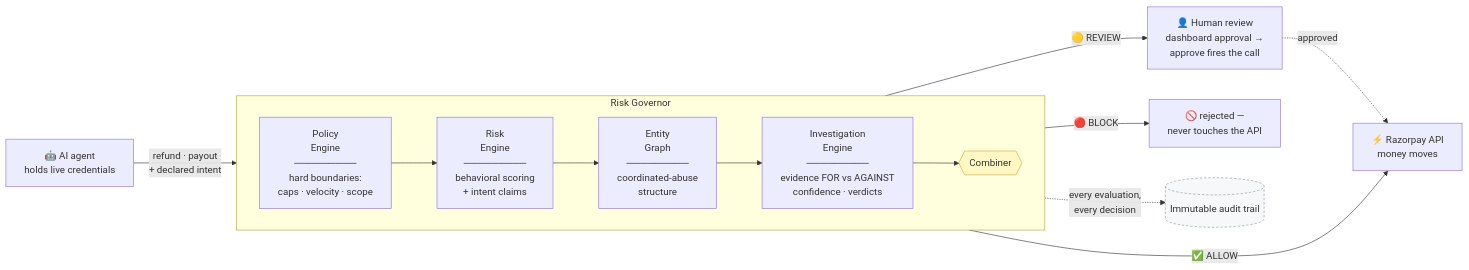
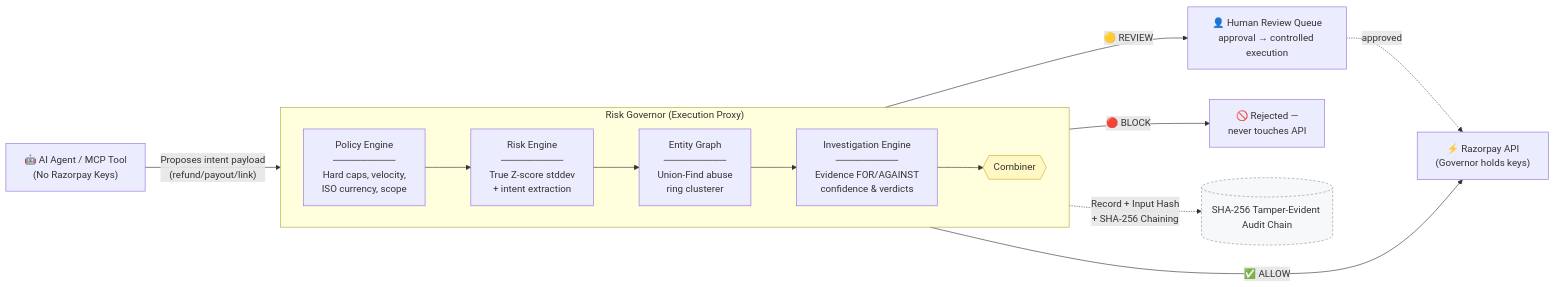
The diagram in README.md (theoxfaber/agentic-payment-risk-governor), drawn with Mermaid before and after one commit. The commit also changed other lines of this file and 27 other files, not shown here.

````diff
--- a/README.md
+++ b/README.md
@@ -56,25 +75,25 @@
 ```mermaid
 flowchart LR
-    AGENT["🤖 AI agent<br/>holds live credentials"] -->|"refund · payout<br/>+ declared intent"| PIPELINE
+    AGENT["🤖 AI Agent / MCP Tool<br/>(No Razorpay Keys)"] -->|"Proposes intent payload<br/>(refund/payout/link)"| PIPELINE
 
-    subgraph PIPELINE["Risk Governor"]
+    subgraph PIPELINE["Risk Governor (Execution Proxy)"]
         direction LR
-        POLICY["Policy<br/>Engine<br/>─────────<br/>hard boundaries:<br/>caps · velocity · scope"]
-        RISK["Risk<br/>Engine<br/>─────────<br/>behavioral scoring<br/>+ intent claims"]
-        GRAPH["Entity<br/>Graph<br/>─────────<br/>coordinated-abuse<br/>structure"]
-        INVEST["Investigation<br/>Engine<br/>─────────<br/>evidence FOR vs AGAINST<br/>confidence · verdicts"]
+        POLICY["Policy Engine<br/>─────────<br/>Hard caps, velocity,<br/>ISO currency, scope"]
+        RISK["Risk Engine<br/>─────────<br/>True Z-score stddev<br/>+ intent extraction"]
+        GRAPH["Entity Graph<br/>─────────<br/>Union-Find abuse<br/>ring clusterer"]
+        INVEST["Investigation Engine<br/>─────────<br/>Evidence FOR/AGAINST<br/>confidence & verdicts"]
         COMBINE{{"Combiner"}}
         POLICY --> RISK --> GRAPH --> INVEST --> COMBINE
     end
 
-    COMBINE -->|"✅ ALLOW"| RZP["⚡ Razorpay API<br/>money moves"]
-    COMBINE -->|"🟡 REVIEW"| HUMAN["👤 Human review<br/>dashboard approval →<br/>approve fires the call"]
-    COMBINE -->|"🔴 BLOCK"| NOPE["🚫 rejected —<br/>never touches the API"]
+    COMBINE -->|"✅ ALLOW"| RZP["⚡ Razorpay API<br/>(Governor holds keys)"]
+    COMBINE -->|"🟡 REVIEW"| HUMAN["👤 Human Review Queue<br/>approval → controlled execution"]
+    COMBINE -->|"🔴 BLOCK"| NOPE["🚫 Rejected —<br/>never touches API"]
 
-    AUDIT[("Immutable audit trail")]
-    PIPELINE -.->|"every evaluation,<br/>every decision"| AUDIT
+    AUDIT[("SHA-256 Tamper-Evident Audit Chain")]
+    PIPELINE -.->|"Record + Input Hash<br/>+ SHA-256 Chaining"| AUDIT
     HUMAN -.->|approved| RZP
 
     style COMBINE fill:#fff8c5,stroke:#d4a72c
     style AUDIT fill:#f6f8fa,stroke:#8b949e,stroke-dasharray: 4 3
 ```
````
